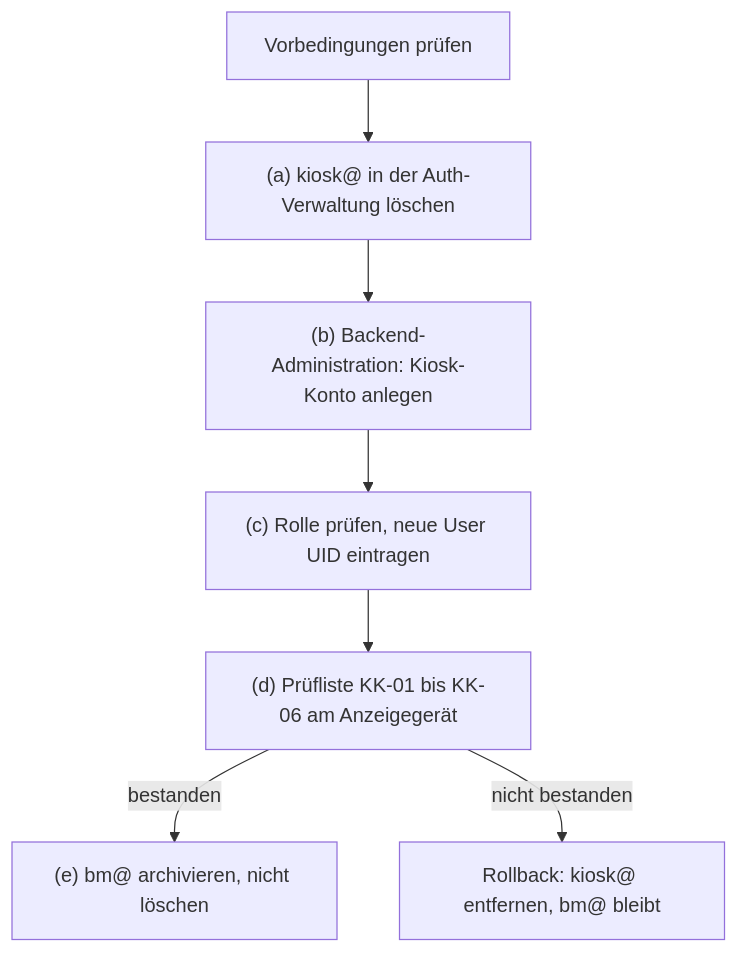
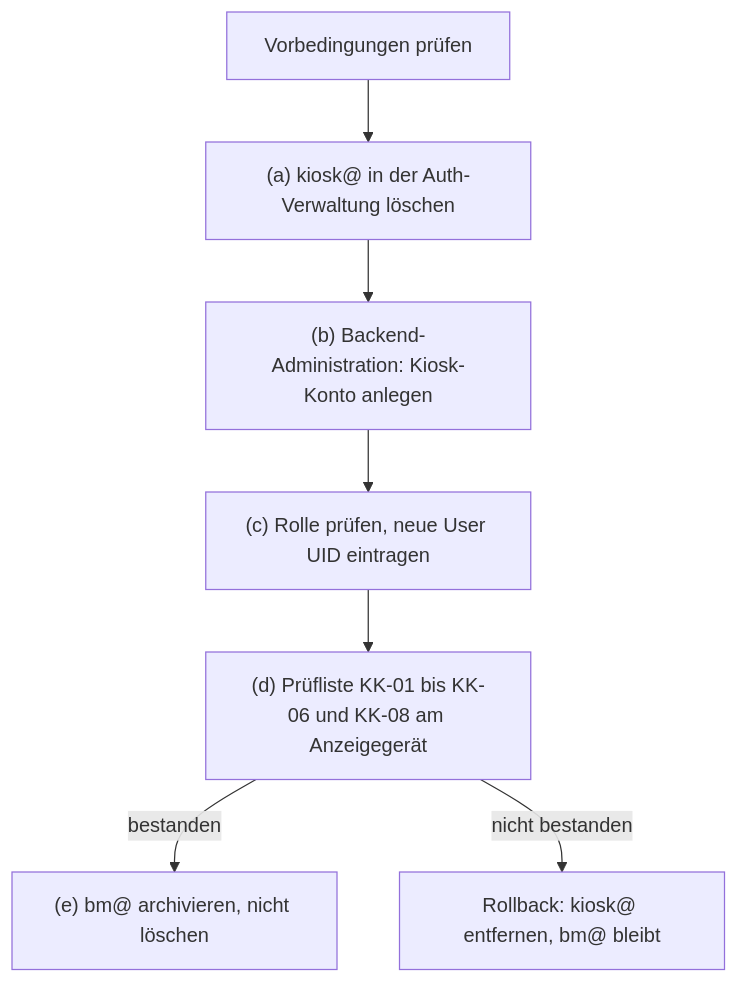
One commit to bmarnau/sysingdashboard changed the diagram in docs/DATENAUFTRAG-KIOSK-KONTO.md. Above: the diagram before and after it, drawn with Mermaid. The commit also changed other lines of this file and 4 other files, not shown here.

````diff
--- a/docs/DATENAUFTRAG-KIOSK-KONTO.md
+++ b/docs/DATENAUFTRAG-KIOSK-KONTO.md
@@ -56,9 +58,9 @@
 ```mermaid
 flowchart TD
   V[Vorbedingungen prüfen] --> A["(a) kiosk@ in der Auth-Verwaltung löschen"]
   A --> B["(b) Backend-Administration: Kiosk-Konto anlegen"]
   B --> C["(c) Rolle prüfen, neue User UID eintragen"]
-  C --> D["(d) Prüfliste KK-01 bis KK-06 am Anzeigegerät"]
+  C --> D["(d) Prüfliste KK-01 bis KK-06 und KK-08 am Anzeigegerät"]
   D -- bestanden --> E["(e) bm@ archivieren, nicht löschen"]
   D -- nicht bestanden --> R[Rollback: kiosk@ entfernen, bm@ bleibt]
 ```
````
